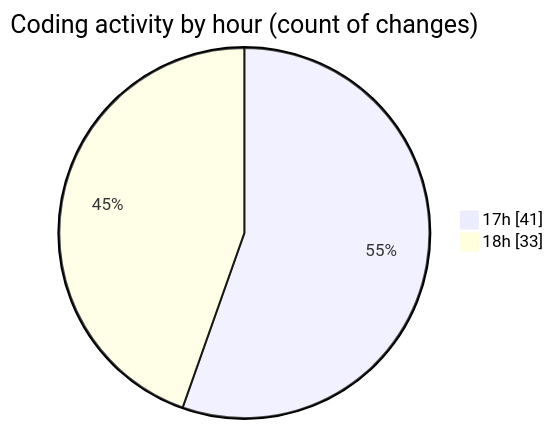
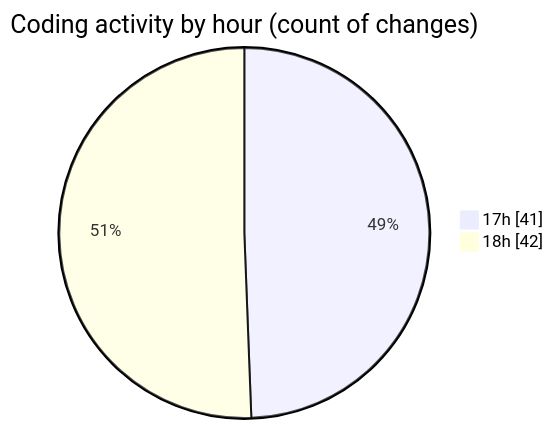
Before and after one commit to momahboobian/code-tracking: the second of 2 diagrams in 2025-03-20/cda/README.md, drawn with Mermaid. The commit also changed other lines of this file and 1 other file, not shown here.

````diff
--- a/2025-03-20/cda/README.md
+++ b/2025-03-20/cda/README.md
@@ -30,6 +32,6 @@
 ```mermaid
 pie showData
 title Coding activity by hour (count of changes)
 "17h" : 41
-"18h" : 33
+"18h" : 42
 ```
````
